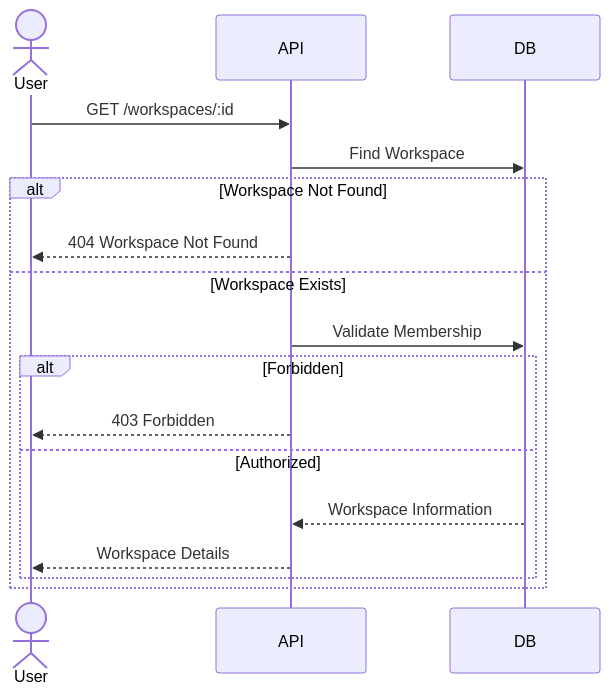
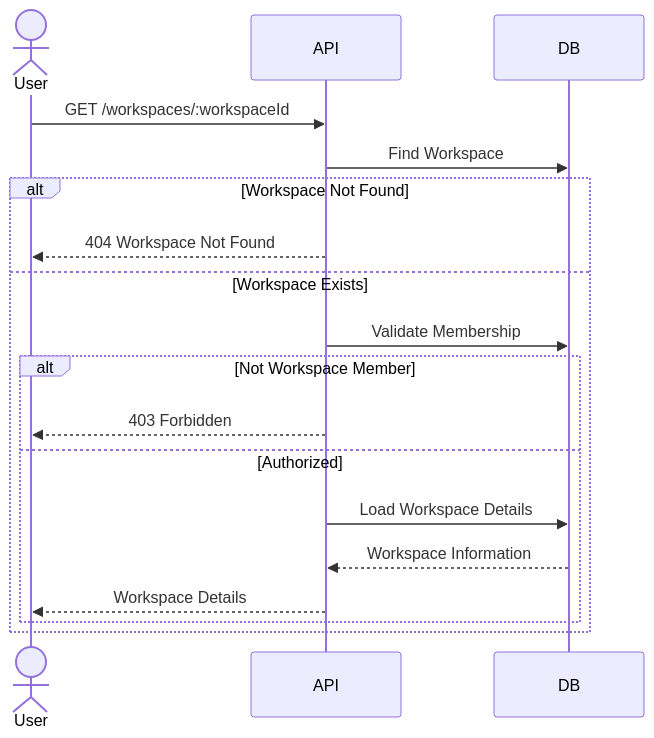
The third of 8 diagrams in docs/architecture/workspace/Workspace-Sequence.md (datnguyxn/LinkFlow), drawn with Mermaid before and after one commit. The commit also changed other lines of this file and 14 other files, not shown here.

Commit message:
docs(architecture): add workspace module documentation

````diff
--- a/docs/architecture/workspace/Workspace-Sequence.md
+++ b/docs/architecture/workspace/Workspace-Sequence.md
@@ -89,33 +89,35 @@
 ```mermaid
 sequenceDiagram
 
     actor User
     participant API
     participant DB
 
-    User->>API: GET /workspaces/:id
+    User->>API: GET /workspaces/:workspaceId
 
     API->>DB: Find Workspace
 
     alt Workspace Not Found
 
         API-->>User: 404 Workspace Not Found
 
     else Workspace Exists
 
         API->>DB: Validate Membership
 
-        alt Forbidden
+        alt Not Workspace Member
 
             API-->>User: 403 Forbidden
 
         else Authorized
+
+            API->>DB: Load Workspace Details
 
             DB-->>API: Workspace Information
 
             API-->>User: Workspace Details
 
         end
 
     end
 ```
````
